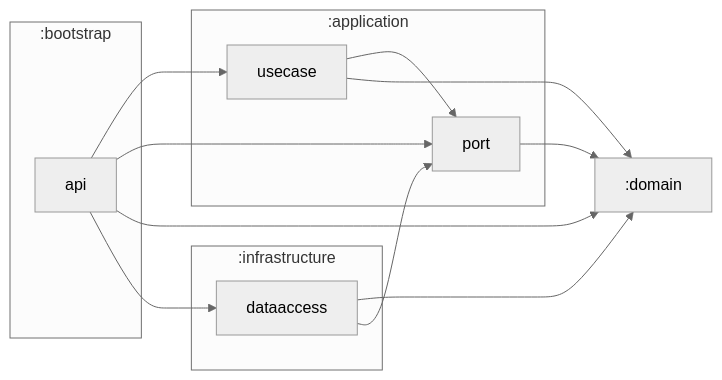
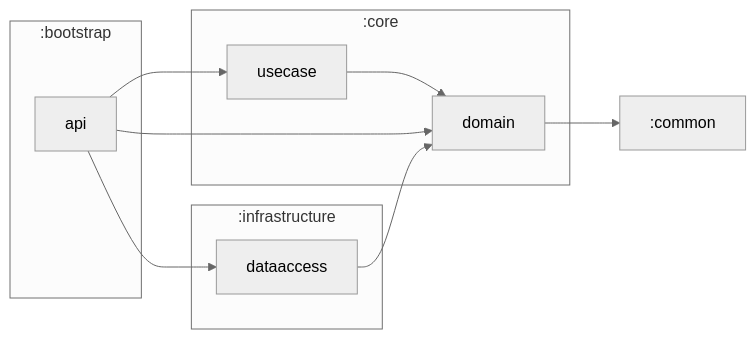
One commit to jincrates-lee/pf-multi-module changed the diagram in README.md. Above: the diagram before and after it, drawn with Mermaid. The commit also changed 50 other files, not shown here.

````diff
--- a/README.md
+++ b/README.md
@@ -3,28 +3,25 @@
 ```mermaid
 %%{
   init: {
     'theme': 'neutral'
   }
 }%%
 
 graph LR
-  subgraph :application
-    :application:port["port"]
-    :application:usecase["usecase"]
-  end
   subgraph :bootstrap
     :bootstrap:api["api"]
+  end
+  subgraph :core
+    :core:usecase["usecase"]
+    :core:domain["domain"]
   end
   subgraph :infrastructure
     :infrastructure:dataaccess["dataaccess"]
   end
-  :application:port --> :domain
-  :bootstrap:api --> :application:usecase
-  :bootstrap:api --> :application:port
-  :bootstrap:api --> :domain
+  :core:usecase --> :core:domain
+  :bootstrap:api --> :core:usecase
+  :bootstrap:api --> :core:domain
   :bootstrap:api --> :infrastructure:dataaccess
-  :infrastructure:dataaccess --> :domain
-  :infrastructure:dataaccess --> :application:port
-  :application:usecase --> :application:port
-  :application:usecase --> :domain
+  :core:domain --> :common
+  :infrastructure:dataaccess --> :core:domain
 ```
````
